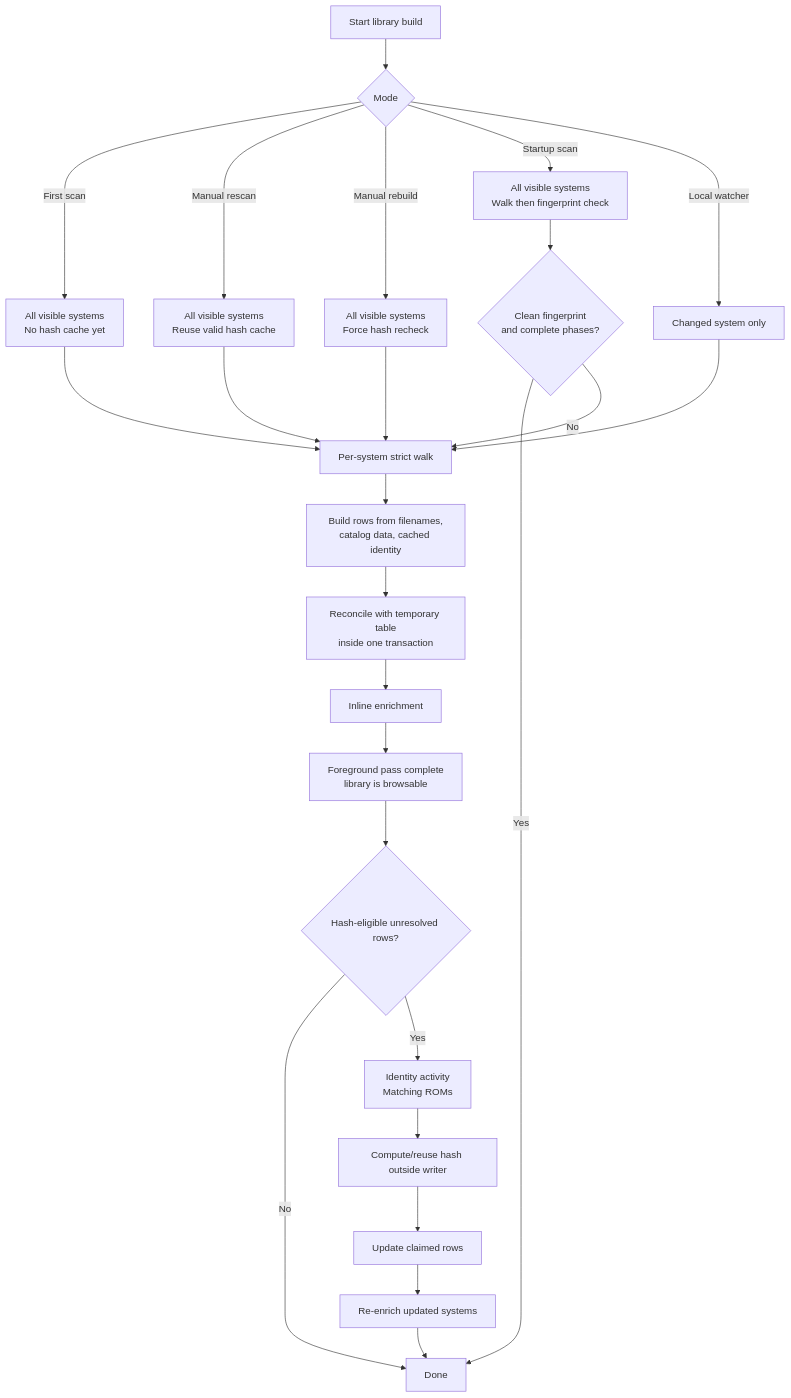
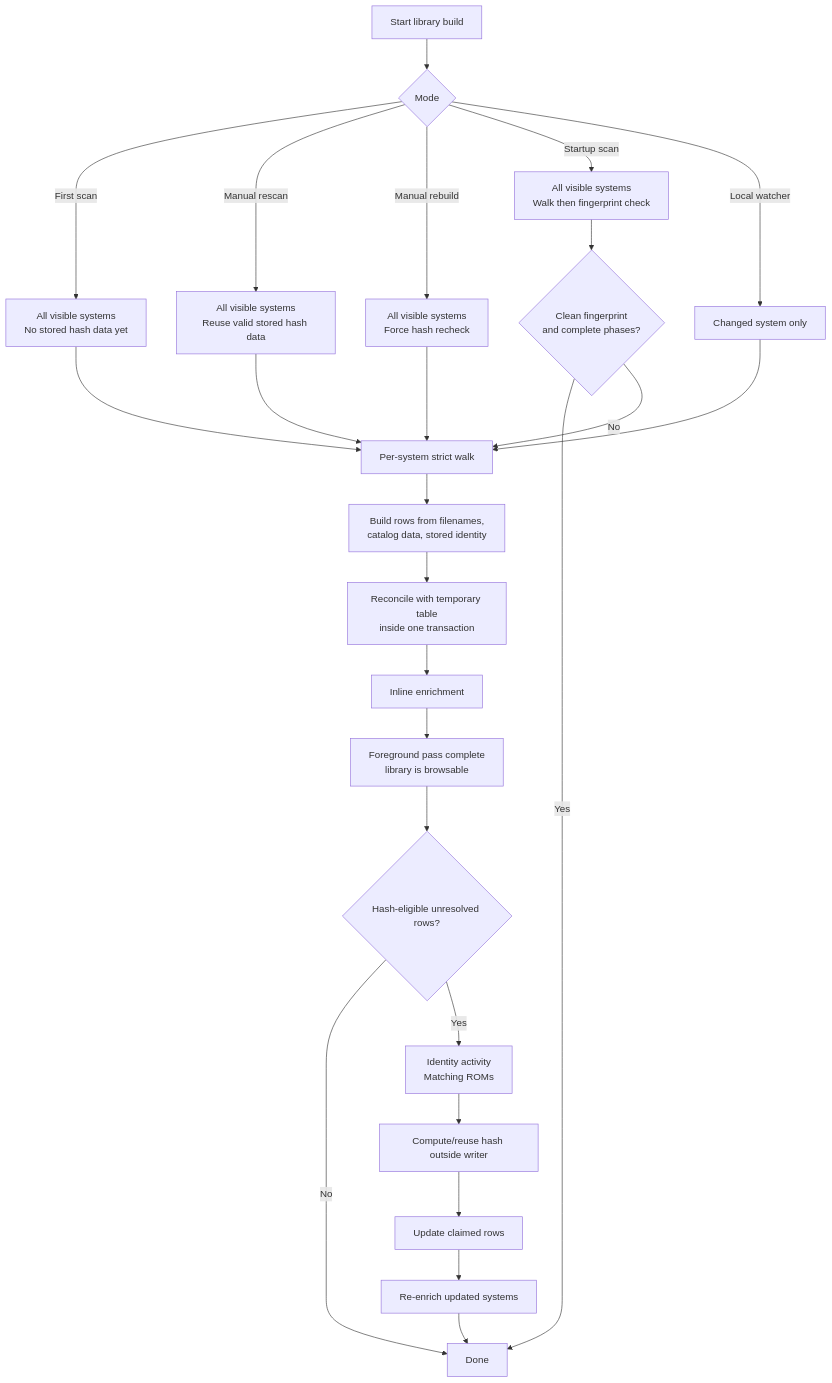
The diagram in docs/architecture/library-build-pipeline.md (lapastillaroja/replay-control), drawn with Mermaid before and after one commit. The commit also changed other lines of this file and 32 other files, not shown here.

````diff
--- a/docs/architecture/library-build-pipeline.md
+++ b/docs/architecture/library-build-pipeline.md
@@ -64,29 +64,29 @@
 ```mermaid
 flowchart TD
     A["Start library build"] --> B{"Mode"}
-    B -->|First scan| C["All visible systems<br/>No hash cache yet"]
-    B -->|Manual rescan| D["All visible systems<br/>Reuse valid hash cache"]
+    B -->|First scan| C["All visible systems<br/>No stored hash data yet"]
+    B -->|Manual rescan| D["All visible systems<br/>Reuse valid stored hash data"]
     B -->|Manual rebuild| E["All visible systems<br/>Force hash recheck"]
     B -->|Startup scan| F["All visible systems<br/>Walk then fingerprint check"]
     B -->|Local watcher| G["Changed system only"]
 
     C --> H["Per-system strict walk"]
     D --> H
     E --> H
     G --> H
     F --> S{"Clean fingerprint<br/>and complete phases?"}
     S -->|Yes| N
     S -->|No| H
 
-    H --> I["Build rows from filenames,<br/>catalog data, cached identity"]
+    H --> I["Build rows from filenames,<br/>catalog data, stored identity"]
     I --> J["Reconcile with temporary table<br/>inside one transaction"]
     J --> K["Inline enrichment"]
     K --> L["Foreground pass complete<br/>library is browsable"]
     L --> M{"Hash-eligible unresolved rows?"}
     M -->|No| N["Done"]
     M -->|Yes| O["Identity activity<br/>Matching ROMs"]
     O --> P["Compute/reuse hash outside writer"]
     P --> Q["Update claimed rows"]
     Q --> R["Re-enrich updated systems"]
     R --> N
 ```
````
